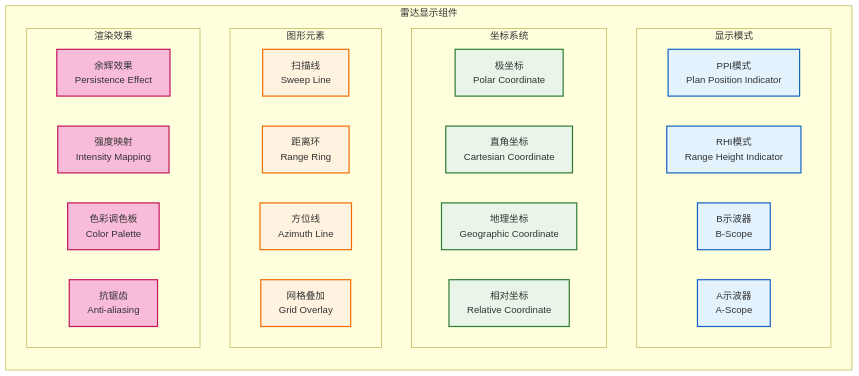
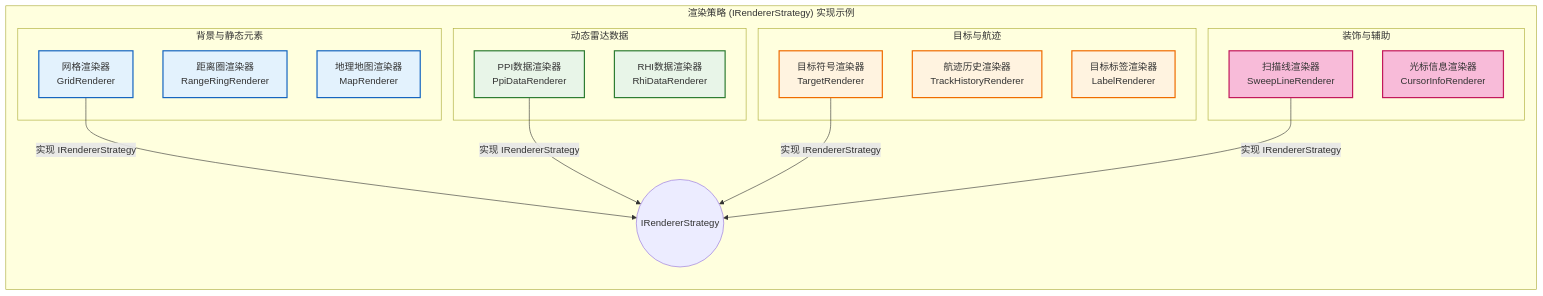
Before and after one commit to wendizhou99-cell/Radar: diagram 12 of 21 in docs/01_项目设计/02_模块设计/04_显控接口模块设计.md, drawn with Mermaid. The commit also changed other lines of this file and 7 other files, not shown here.

````diff
--- a/docs/01_项目设计/02_模块设计/04_显控接口模块设计.md
+++ b/docs/01_项目设计/02_模块设计/04_显控接口模块设计.md
@@ -528,46 +1127,44 @@
 ```mermaid
 graph TB
-    subgraph "雷达显示组件"
+    subgraph "渲染策略 (IRendererStrategy) 实现示例"
         direction TB
 
-        subgraph "显示模式"
-            PPI_MODE[PPI模式<br/>Plan Position Indicator]
-            RHI_MODE[RHI模式<br/>Range Height Indicator]
-            B_SCOPE[B示波器<br/>B-Scope]
-            A_SCOPE[A示波器<br/>A-Scope]
+        subgraph "背景与静态元素"
+            GRID_RENDERER[网格渲染器<br/>GridRenderer]
+            RANGE_RING_RENDERER[距离圈渲染器<br/>RangeRingRenderer]
+            MAP_RENDERER[地理地图渲染器<br/>MapRenderer]
         end
 
-        subgraph "坐标系统"
-            POLAR_COORD[极坐标<br/>Polar Coordinate]
-            CARTESIAN_COORD[直角坐标<br/>Cartesian Coordinate]
-            GEOGRAPHIC_COORD[地理坐标<br/>Geographic Coordinate]
-            RELATIVE_COORD[相对坐标<br/>Relative Coordinate]
+        subgraph "动态雷达数据"
+            PPI_RENDERER[PPI数据渲染器<br/>PpiDataRenderer]
+            RHI_RENDERER[RHI数据渲染器<br/>RhiDataRenderer]
         end
 
-        subgraph "图形元素"
-            SWEEP_LINE[扫描线<br/>Sweep Line]
-            RANGE_RING[距离环<br/>Range Ring]
-            AZIMUTH_LINE[方位线<br/>Azimuth Line]
-            GRID_OVERLAY[网格叠加<br/>Grid Overlay]
+        subgraph "目标与航迹"
+            TARGET_RENDERER[目标符号渲染器<br/>TargetRenderer]
+            TRACK_RENDERER[航迹历史渲染器<br/>TrackHistoryRenderer]
+            LABEL_RENDERER[目标标签渲染器<br/>LabelRenderer]
         end
 
-        subgraph "渲染效果"
-            PERSISTENCE_EFFECT[余辉效果<br/>Persistence Effect]
-            INTENSITY_MAPPING[强度映射<br/>Intensity Mapping]
-            COLOR_PALETTE[色彩调色板<br/>Color Palette]
-            ANTI_ALIASING[抗锯齿<br/>Anti-aliasing]
+        subgraph "装饰与辅助"
+            SWEEP_LINE_RENDERER[扫描线渲染器<br/>SweepLineRenderer]
+            CURSOR_INFO_RENDERER[光标信息渲染器<br/>CursorInfoRenderer]
         end
 
-        %% 此图仅展示渲染层次分类，不表示组件间的直接调用关系
+        %% 关系
+        GRID_RENDERER -- "实现 IRendererStrategy" --> I_RENDERER((IRendererStrategy))
+        PPI_RENDERER -- "实现 IRendererStrategy" --> I_RENDERER
+        TARGET_RENDERER -- "实现 IRendererStrategy" --> I_RENDERER
+        SWEEP_LINE_RENDERER -- "实现 IRendererStrategy" --> I_RENDERER
     end
 
-    classDef mode fill:#e3f2fd,stroke:#1565c0,stroke-width:2px
-    classDef coord fill:#e8f5e8,stroke:#2e7d32,stroke-width:2px
-    classDef element fill:#fff3e0,stroke:#ef6c00,stroke-width:2px
-    classDef effect fill:#f8bbd9,stroke:#c2185b,stroke-width:2px
+    classDef static fill:#e3f2fd,stroke:#1565c0,stroke-width:2px
+    classDef dynamic fill:#e8f5e8,stroke:#2e7d32,stroke-width:2px
+    classDef target fill:#fff3e0,stroke:#ef6c00,stroke-width:2px
+    classDef aux fill:#f8bbd9,stroke:#c2185b,stroke-width:2px
 
-    class PPI_MODE,RHI_MODE,B_SCOPE,A_SCOPE mode
-    class POLAR_COORD,CARTESIAN_COORD,GEOGRAPHIC_COORD,RELATIVE_COORD coord
-    class SWEEP_LINE,RANGE_RING,AZIMUTH_LINE,GRID_OVERLAY element
-    class PERSISTENCE_EFFECT,INTENSITY_MAPPING,COLOR_PALETTE,ANTI_ALIASING effect
+    class GRID_RENDERER,RANGE_RING_RENDERER,MAP_RENDERER static
+    class PPI_RENDERER,RHI_RENDERER dynamic
+    class TARGET_RENDERER,TRACK_RENDERER,LABEL_RENDERER target
+    class SWEEP_LINE_RENDERER,CURSOR_INFO_RENDERER aux
 ```
````
